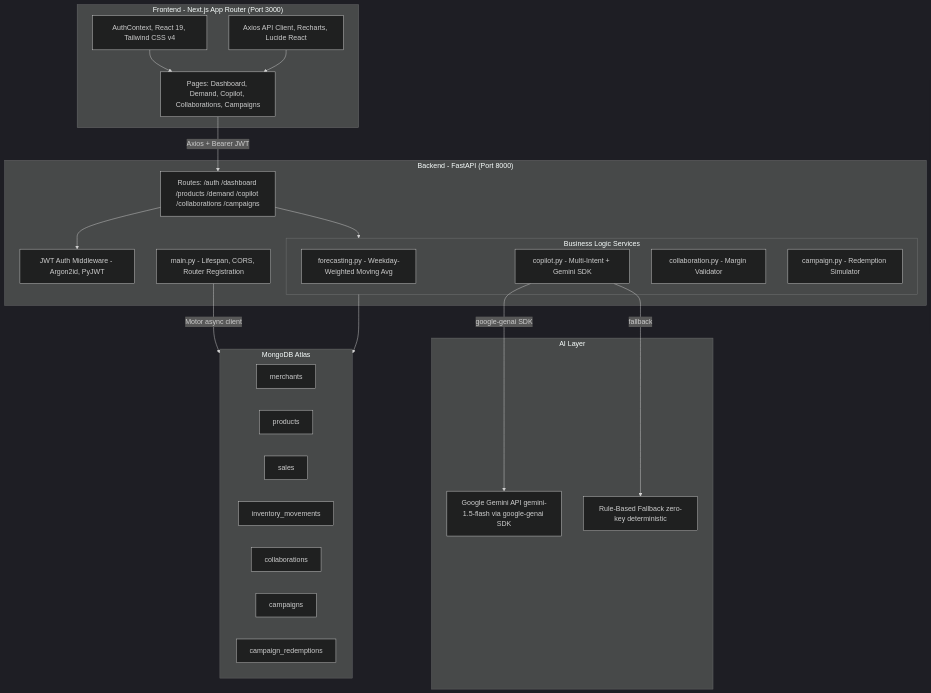
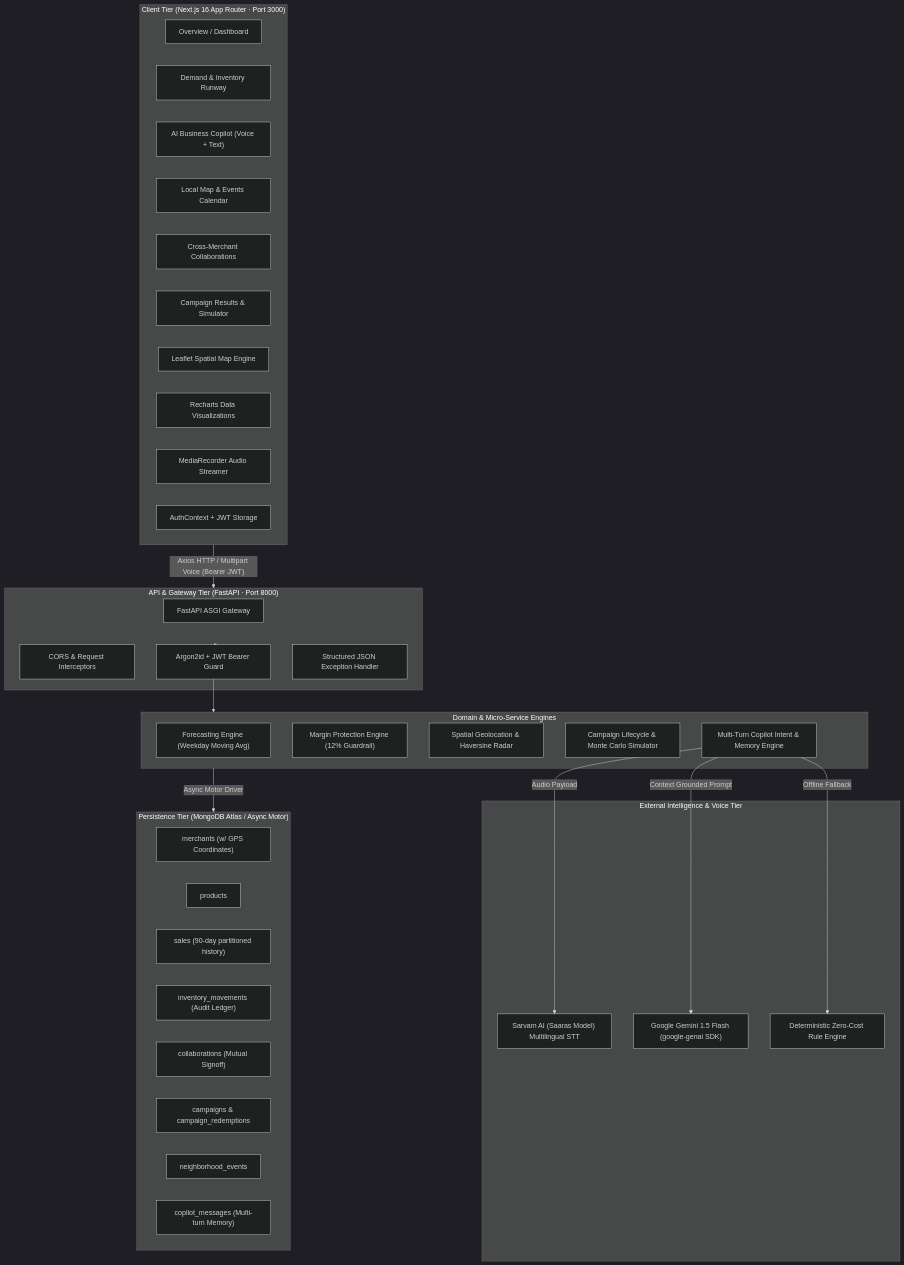
Before and after one commit to SriCharan9876/LocalPulse: the first of 3 diagrams in README.md, drawn with Mermaid (dark theme). The commit also changed other lines of this file, not shown here.

````diff
--- a/README.md
+++ b/README.md
@@ -27,46 +27,58 @@
 ```mermaid
-graph TD
-    subgraph Frontend ["Frontend - Next.js App Router (Port 3000)"]
-        UI["Pages: Dashboard, Demand, Copilot, Collaborations, Campaigns"]
-        CTX["AuthContext, React 19, Tailwind CSS v4"]
-        LIB["Axios API Client, Recharts, Lucide React"]
+graph TB
+    subgraph ClientTier ["Client Tier (Next.js 16 App Router · Port 3000)"]
+        UI_DASH["Overview / Dashboard"]
+        UI_DEMAND["Demand & Inventory Runway"]
+        UI_COPILOT["AI Business Copilot (Voice + Text)"]
+        UI_MAP["Local Map & Events Calendar"]
+        UI_COLLAB["Cross-Merchant Collaborations"]
+        UI_CAMP["Campaign Results & Simulator"]
+        
+        LEAFLET["Leaflet Spatial Map Engine"]
+        RECHARTS["Recharts Data Visualizations"]
+        VOICE_REC["MediaRecorder Audio Streamer"]
+        AUTH_CTX["AuthContext + JWT Storage"]
     end
 
-    subgraph Backend ["Backend - FastAPI (Port 8000)"]
-        MAIN["main.py - Lifespan, CORS, Router Registration"]
-        AUTH["JWT Auth Middleware - Argon2id, PyJWT"]
-        ROUTES["Routes: /auth /dashboard /products /demand /copilot /collaborations /campaigns"]
-
-        subgraph Services ["Business Logic Services"]
-            FORECAST["forecasting.py - Weekday-Weighted Moving Avg"]
-            COPILOT_SVC["copilot.py - Multi-Intent + Gemini SDK"]
-            COLLAB_SVC["collaboration.py - Margin Validator"]
-            CAMPAIGN_SVC["campaign.py - Redemption Simulator"]
-        end
+    subgraph GatewayTier ["API & Gateway Tier (FastAPI · Port 8000)"]
+        FASTAPI["FastAPI ASGI Gateway"]
+        CORS["CORS & Request Interceptors"]
+        AUTH_GUARD["Argon2id + JWT Bearer Guard"]
+        GLOBAL_ERR["Structured JSON Exception Handler"]
     end
 
-    subgraph AI ["AI Layer"]
-        GEMINI["Google Gemini API gemini-1.5-flash via google-genai SDK"]
-        RULES["Rule-Based Fallback zero-key deterministic"]
+    subgraph ServiceTier ["Domain & Micro-Service Engines"]
+        FORECAST_ENG["Forecasting Engine (Weekday Moving Avg)"]
+        MARGIN_ENG["Margin Protection Engine (12% Guardrail)"]
+        SPATIAL_ENG["Spatial Geolocation & Haversine Radar"]
+        CAMPAIGN_ENG["Campaign Lifecycle & Monte Carlo Simulator"]
+        COPILOT_ROUTER["Multi-Turn Copilot Intent & Memory Engine"]
     end
 
-    subgraph DB ["MongoDB Atlas"]
-        COL1["merchants"]
-        COL2["products"]
-        COL3["sales"]
-        COL4["inventory_movements"]
-        COL5["collaborations"]
-        COL6["campaigns"]
-        COL7["campaign_redemptions"]
+    subgraph ExternalServices ["External Intelligence & Voice Tier"]
+        SARVAM_STT["Sarvam AI (Saaras Model) Multilingual STT"]
+        GEMINI_LLM["Google Gemini 1.5 Flash (google-genai SDK)"]
+        FALLBACK_RULES["Deterministic Zero-Cost Rule Engine"]
     end
 
-    UI -->|"Axios + Bearer JWT"| ROUTES
-    CTX --> UI
-    LIB --> UI
-    ROUTES --> AUTH
-    ROUTES --> Services
-    COPILOT_SVC -->|"google-genai SDK"| GEMINI
-    COPILOT_SVC -->|"fallback"| RULES
-    Services --> DB
-    MAIN -->|"Motor async client"| DB
+    subgraph PersistenceTier ["Persistence Tier (MongoDB Atlas / Async Motor)"]
+        COL_MERCHANTS["merchants (w/ GPS Coordinates)"]
+        COL_PRODUCTS["products"]
+        COL_SALES["sales (90-day partitioned history)"]
+        COL_MOVEMENTS["inventory_movements (Audit Ledger)"]
+        COL_COLLABS["collaborations (Mutual Signoff)"]
+        COL_CAMPAIGNS["campaigns & campaign_redemptions"]
+        COL_EVENTS["neighborhood_events"]
+        COL_CHAT["copilot_messages (Multi-turn Memory)"]
+    end
+
+    ClientTier -->|"Axios HTTP / Multipart Voice (Bearer JWT)"| GatewayTier
+    GatewayTier --> AUTH_GUARD
+    AUTH_GUARD --> ServiceTier
+    
+    COPILOT_ROUTER -->|"Audio Payload"| SARVAM_STT
+    COPILOT_ROUTER -->|"Context Grounded Prompt"| GEMINI_LLM
+    COPILOT_ROUTER -->|"Offline Fallback"| FALLBACK_RULES
+    
+    ServiceTier -->|"Async Motor Driver"| PersistenceTier
 ```
````
